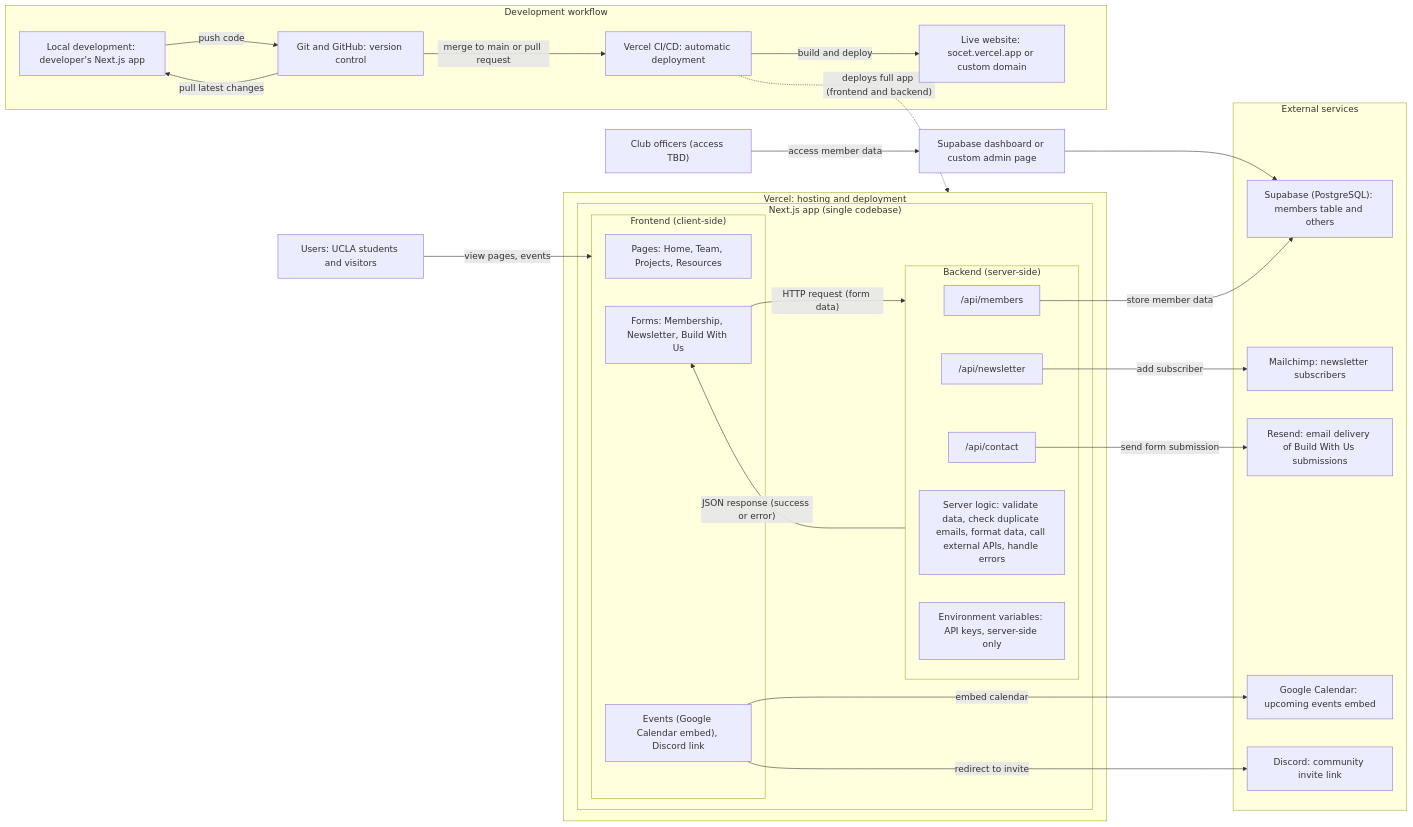
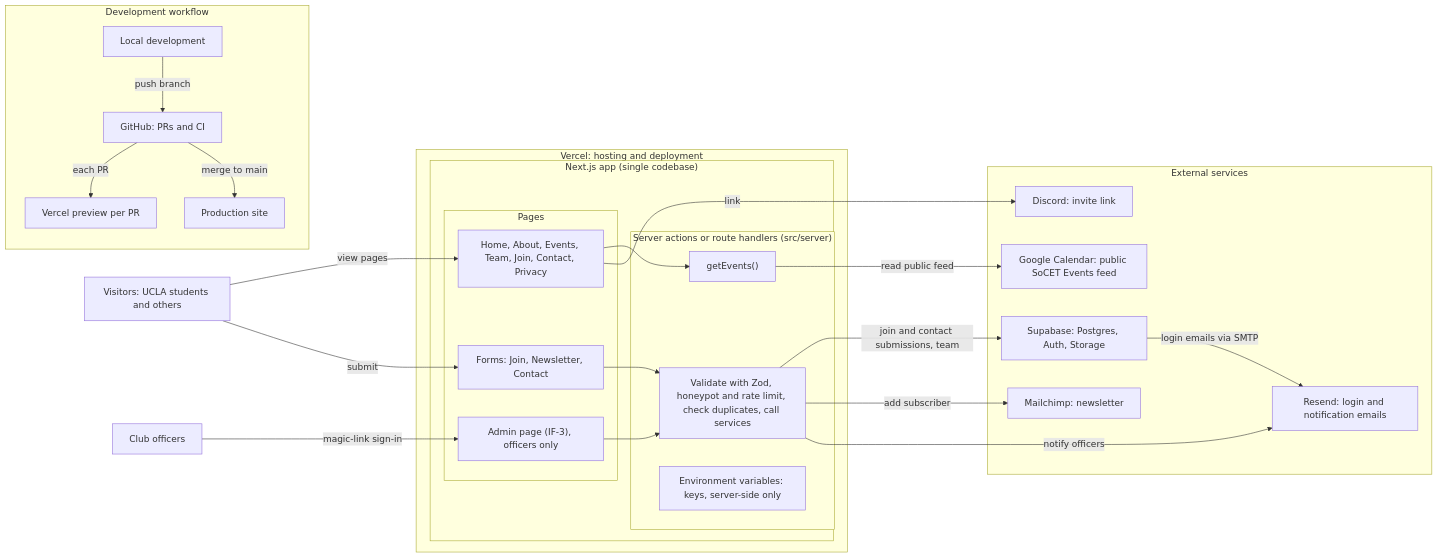
One commit to kayla0409/SoCET-website changed the diagram in docs/ARCHITECTURE.md. Above: the diagram before and after it, drawn with Mermaid. The commit also changed other lines of this file and 8 other files, not shown here.

````diff
--- a/docs/ARCHITECTURE.md
+++ b/docs/ARCHITECTURE.md
@@ -92,54 +99,52 @@
 ```mermaid
 flowchart LR
-  Users["Users: UCLA students and visitors"]
+  Users["Visitors: UCLA students and others"]
+  Officers["Club officers"]
 
   subgraph Vercel["Vercel: hosting and deployment"]
     subgraph Next["Next.js app (single codebase)"]
-      subgraph FE["Frontend (client-side)"]
-        Pages["Pages: Home, Team, Projects, Resources"]
-        Forms["Forms: Membership, Newsletter, Build With Us"]
-        Embeds["Events (Google Calendar embed), Discord link"]
+      subgraph FE["Pages"]
+        Pages["Home, About, Events, Team, Join, Contact, Privacy"]
+        Forms["Forms: Join, Newsletter, Contact"]
+        Admin["Admin page (IF-3), officers only"]
       end
-      subgraph BE["Backend (server-side)"]
-        APIM["/api/members"]
-        APIN["/api/newsletter"]
-        APIC["/api/contact"]
-        Logic["Server logic: validate data, check duplicate emails, format data, call external APIs, handle errors"]
-        Env["Environment variables: API keys, server-side only"]
+      subgraph BE["Server actions or route handlers (src/server)"]
+        Logic["Validate with Zod, honeypot and rate limit, check duplicates, call services"]
+        GetEv["getEvents()"]
+        Env["Environment variables: keys, server-side only"]
       end
     end
   end
 
   subgraph Ext["External services"]
-    Supa["Supabase (PostgreSQL): members table and others"]
-    Mail["Mailchimp: newsletter subscribers"]
-    Resend["Resend: email delivery of Build With Us submissions"]
-    Cal["Google Calendar: upcoming events embed"]
-    Disc["Discord: community invite link"]
+    Supa["Supabase: Postgres, Auth, Storage"]
+    Mail["Mailchimp: newsletter"]
+    Resend["Resend: login and notification emails"]
+    Cal["Google Calendar: public SoCET Events feed"]
+    Disc["Discord: invite link"]
   end
 
-  Users -->|"view pages, events"| FE
-  Forms -->|"HTTP request (form data)"| BE
-  BE -->|"JSON response (success or error)"| Forms
-  APIM -->|"store member data"| Supa
-  APIN -->|"add subscriber"| Mail
-  APIC -->|"send form submission"| Resend
-  Embeds -->|"embed calendar"| Cal
-  Embeds -->|"redirect to invite"| Disc
+  Users -->|"view pages"| Pages
+  Users -->|"submit"| Forms
+  Forms --> Logic
+  Officers -->|"magic-link sign-in"| Admin
+  Admin --> Logic
+  Logic -->|"join and contact submissions, team"| Supa
+  Logic -->|"add subscriber"| Mail
+  Logic -->|"notify officers"| Resend
+  Supa -->|"login emails via SMTP"| Resend
+  Pages --> GetEv
+  GetEv -->|"read public feed"| Cal
+  Pages -->|"link"| Disc
 
   subgraph Dev["Development workflow"]
-    Local["Local development: developer's Next.js app"]
-    GH["Git and GitHub: version control"]
-    CICD["Vercel CI/CD: automatic deployment"]
-    Live["Live website: socet.vercel.app or custom domain"]
+    Local["Local development"]
+    GH["GitHub: PRs and CI"]
+    Prev["Vercel preview per PR"]
+    Live["Production site"]
   end
 
-  Local -->|"push code"| GH
-  GH -->|"pull latest changes"| Local
-  GH -->|"merge to main or pull request"| CICD
-  CICD -->|"build and deploy"| Live
-  CICD -.->|"deploys full app (frontend and backend)"| Vercel
-
-  Officers["Club officers (access TBD)"] -->|"access member data"| Dash["Supabase dashboard or custom admin page"]
-  Dash --> Supa
+  Local -->|"push branch"| GH
+  GH -->|"each PR"| Prev
+  GH -->|"merge to main"| Live
 ```
````
